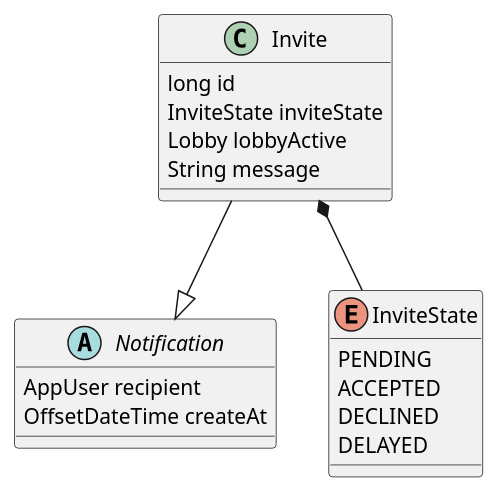
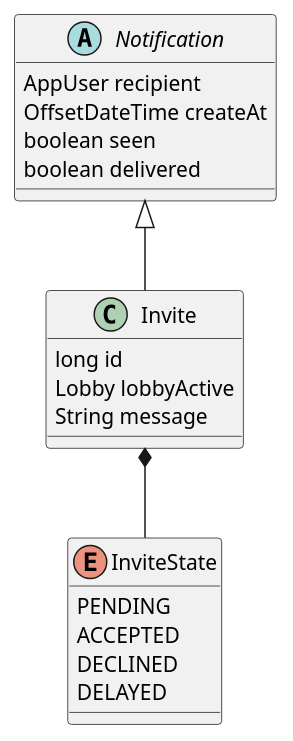
One commit to SergeiVS/lets_play_be changed the diagram in documentation/plantUml/notifications.puml. Above: the diagram before and after it, drawn with PlantUML. The commit also changed 5 other files, not shown here.

```diff
--- a/documentation/plantUml/notifications.puml
+++ b/documentation/plantUml/notifications.puml
@@ -1,25 +1,29 @@
 @startuml notifications
-abstract class Notification{
-AppUser recipient
-OffsetDateTime createAt
+
+skinparam linetype ortho
+
+abstract class Notification {
+    AppUser recipient
+    OffsetDateTime createAt
+    boolean seen
+    boolean delivered
 }
 
-enum InviteState{
-PENDING
-ACCEPTED
-DECLINED
-DELAYED
+enum InviteState {
+    PENDING
+    ACCEPTED
+    DECLINED
+    DELAYED
 }
 
-class Invite{
-long id
-InviteState inviteState
-Lobby lobbyActive
-String message
+class Invite {
+    long id
+    Lobby lobbyActive
+    String message
 }
+
+Invite -up-|> Notification
 
 Invite *-- InviteState
 
-Invite --|> Notification
-
 @enduml
```
